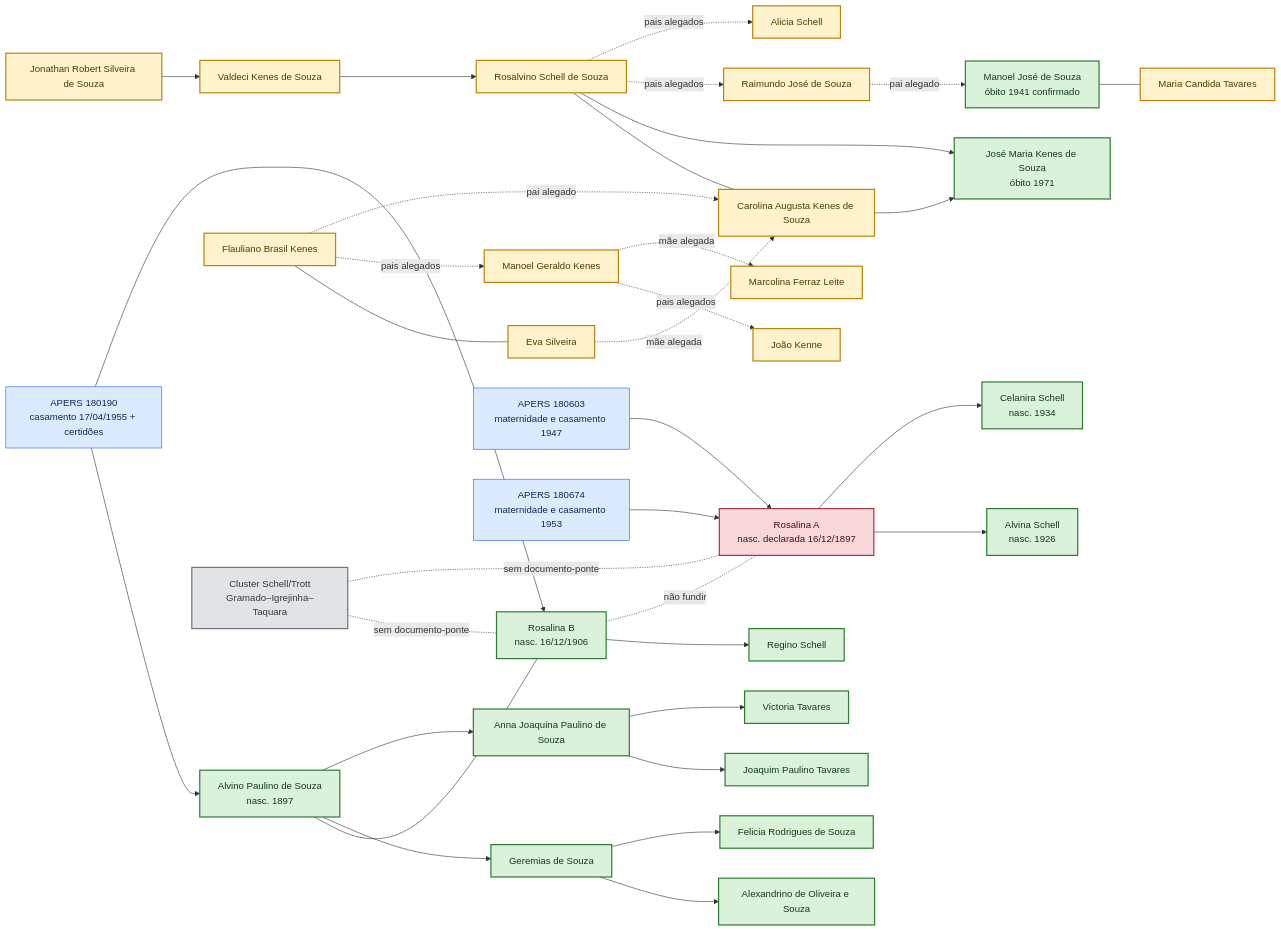
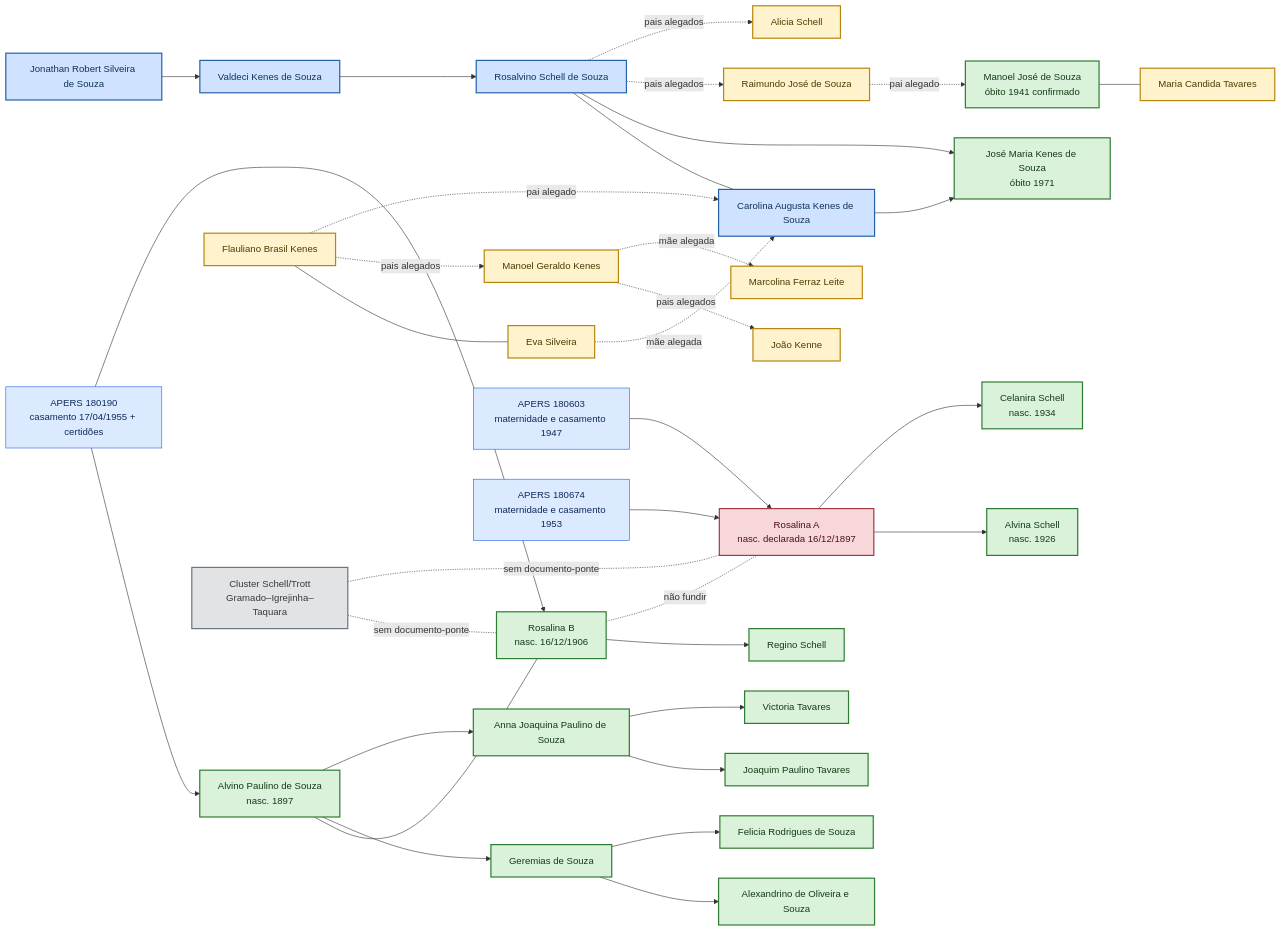
One commit to jonathanrobertsilveira-wq/pesquisa-ancestralidade-jonathan changed the diagram in docs/assets/mapa_correlacoes_ancestralidade_2026-08-20.mmd. Above: the diagram before and after it, drawn with Mermaid. The commit also changed 10 other files, not shown here.

```diff
--- a/docs/assets/mapa_correlacoes_ancestralidade_2026-08-20.mmd
+++ b/docs/assets/mapa_correlacoes_ancestralidade_2026-08-20.mmd
@@ -1,45 +1,46 @@
 flowchart LR
   classDef confirmed fill:#d9f2d9,stroke:#2f7d32,color:#153b16,stroke-width:2px;
+  classDef family fill:#cfe2ff,stroke:#2563a6,color:#10345c,stroke-width:2px;
   classDef hypothesis fill:#fff3cd,stroke:#b8860b,color:#4c3b00,stroke-width:2px;
   classDef conflict fill:#f8d7da,stroke:#a33a45,color:#4a1117,stroke-width:2px;
   classDef collateral fill:#e2e3e5,stroke:#6c757d,color:#343a40,stroke-width:2px;
   classDef source fill:#dbeafe,stroke:#2563eb,color:#0f2b5b,stroke-width:1px;
 
-  J[Jonathan Robert Silveira de Souza]:::hypothesis --> V[Valdeci Kenes de Souza]:::hypothesis
-  V --> Rv[Rosalvino Schell de Souza]:::hypothesis
-  Rv --- C[Carolina Augusta Kenes de Souza]:::hypothesis
+  J[Jonathan Robert Silveira de Souza]:::family --> V[Valdeci Kenes de Souza]:::family
+  V --> Rv[Rosalvino Schell de Souza]:::family
+  Rv --- C[Carolina Augusta Kenes de Souza]:::family
   Rv --> JM[José Maria Kenes de Souza<br/>óbito 1971]:::confirmed
   C --> JM
   Rv -. pais alegados .-> Ra[Raimundo José de Souza]:::hypothesis
   Rv -. pais alegados .-> A[Alicia Schell]:::hypothesis
   Ra -. pai alegado .-> M[Manoel José de Souza<br/>óbito 1941 confirmado]:::confirmed
   M --- MC[Maria Candida Tavares]:::hypothesis
 
   Al[Alvino Paulino de Souza<br/>nasc. 1897]:::confirmed --- RB[Rosalina B<br/>nasc. 16/12/1906]:::confirmed
   Al --> G[Geremias de Souza]:::confirmed
   Al --> AQ[Anna Joaquina Paulino de Souza]:::confirmed
   G --> AS[Alexandrino de Oliveira e Souza]:::confirmed
   G --> F[Felicia Rodrigues de Souza]:::confirmed
   AQ --> JP[Joaquim Paulino Tavares]:::confirmed
   AQ --> VT[Victoria Tavares]:::confirmed
   RB --> Re[Regino Schell]:::confirmed
   AP180190[APERS 180190<br/>casamento 17/04/1955 + certidões]:::source --> Al
   AP180190 --> RB
 
   RA[Rosalina A<br/>nasc. declarada 16/12/1897]:::conflict --> Alv[Alvina Schell<br/>nasc. 1926]:::confirmed
   RA --> Ce[Celanira Schell<br/>nasc. 1934]:::confirmed
   AP180603[APERS 180603<br/>maternidade e casamento 1947]:::source --> RA
   AP180674[APERS 180674<br/>maternidade e casamento 1953]:::source --> RA
   RB -. não fundir .- RA
 
   Fk[Flauliano Brasil Kenes]:::hypothesis --- Ev[Eva Silveira]:::hypothesis
   Fk -. pais alegados .-> MG[Manoel Geraldo Kenes]:::hypothesis
   MG -. pais alegados .-> JK[João Kenne]:::hypothesis
   MG -. mãe alegada .-> MF[Marcolina Ferraz Leite]:::hypothesis
   Fk -. pai alegado .-> C
   Ev -. mãe alegada .-> C
 
   CT[Cluster Schell/Trott<br/>Gramado–Igrejinha–Taquara]:::collateral -. sem documento-ponte .- RB
   CT -. sem documento-ponte .- RA
 
   class AP180190,AP180603,AP180674 source
```
